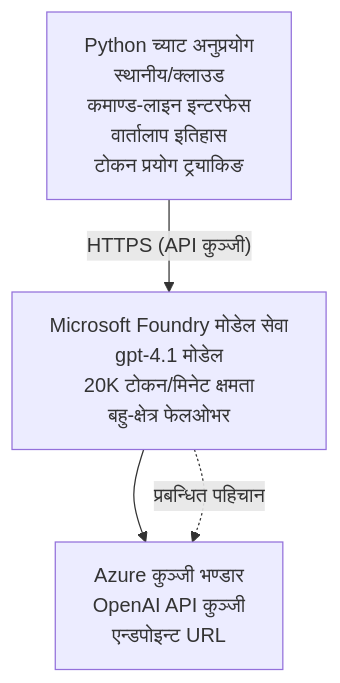
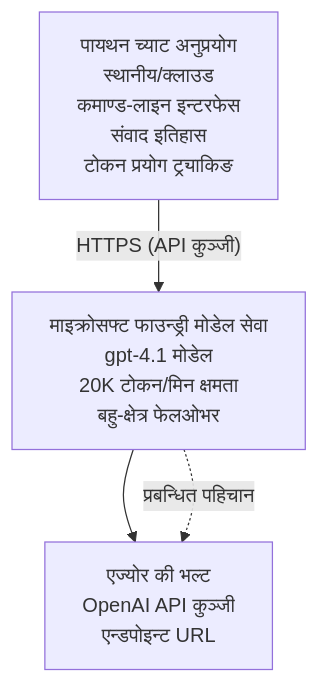
The diagram in translations/ne/examples/azure-openai-chat/README.md (microsoft/AZD-for-beginners), drawn with Mermaid before and after one commit. The commit also changed other lines of this file and 104 other files, not shown here.

````diff
--- a/translations/ne/examples/azure-openai-chat/README.md
+++ b/translations/ne/examples/azure-openai-chat/README.md
@@ -26,6 +26,6 @@
 ```mermaid
 graph TD
-    App[Python च्याट अनुप्रयोग<br/>स्थानीय/क्लाउड<br/>कमाण्ड-लाइन इन्टरफेस<br/>वार्तालाप इतिहास<br/>टोकन प्रयोग ट्र्याकिङ] -- "HTTPS (API कुञ्जी)" --> Foundry[Microsoft Foundry मोडेल सेवा<br/>gpt-4.1 मोडेल<br/>20K टोकन/मिनेट क्षमता<br/>बहु-क्षेत्र फेलओभर]
-    Foundry --> KV[Azure कुञ्जी भण्डार<br/>OpenAI API कुञ्जी<br/>एन्डपोइन्ट URL]
+    App[पायथन च्याट अनुप्रयोग<br/>स्थानीय/क्लाउड<br/>कमाण्ड-लाइन इन्टरफेस<br/>संवाद इतिहास<br/>टोकन प्रयोग ट्र्याकिङ] -- "HTTPS (API कुञ्जी)" --> Foundry[माइक्रोसफ्ट फाउन्ड्री मोडेल सेवा<br/>gpt-4.1 मोडेल<br/>20K टोकन/मिन क्षमता<br/>बहु-क्षेत्र फेलओभर]
+    Foundry --> KV[एज्योर की भल्ट<br/>OpenAI API कुञ्जी<br/>एन्डपोइन्ट URL]
     Foundry -. प्रबन्धित पहिचान .-> KV
 ```
````
